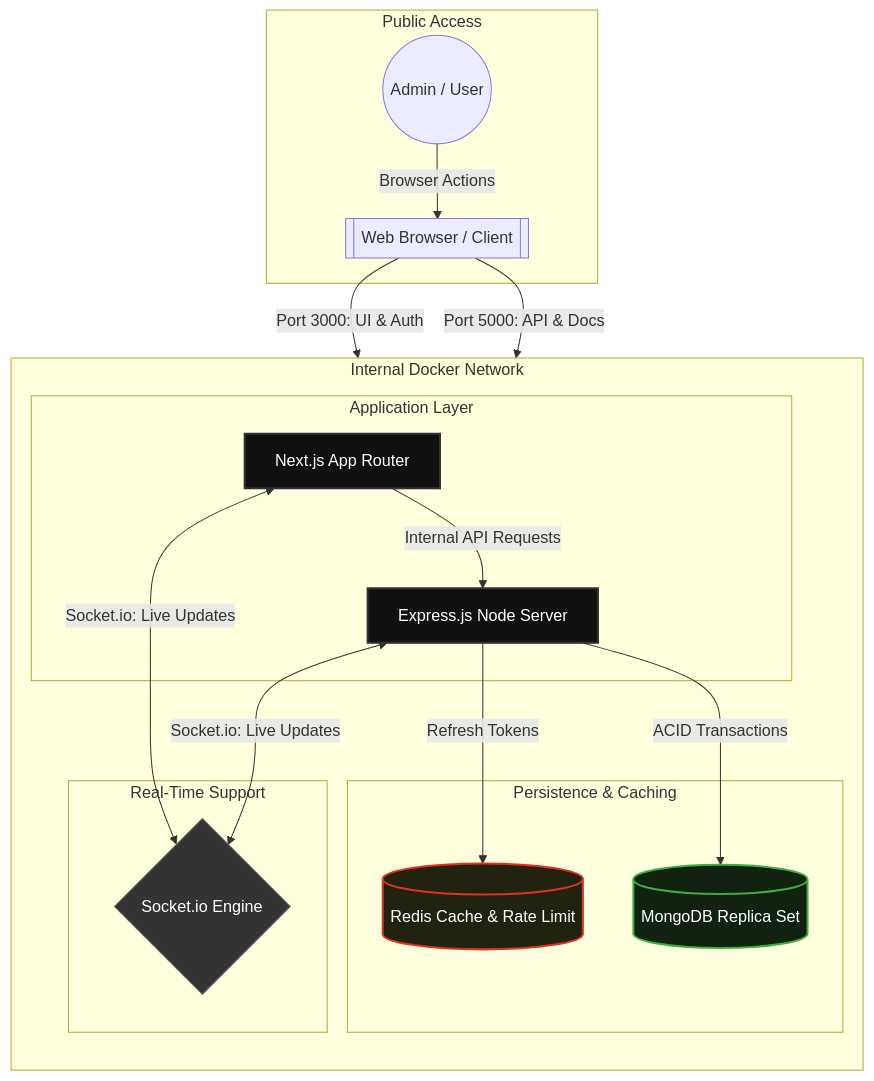
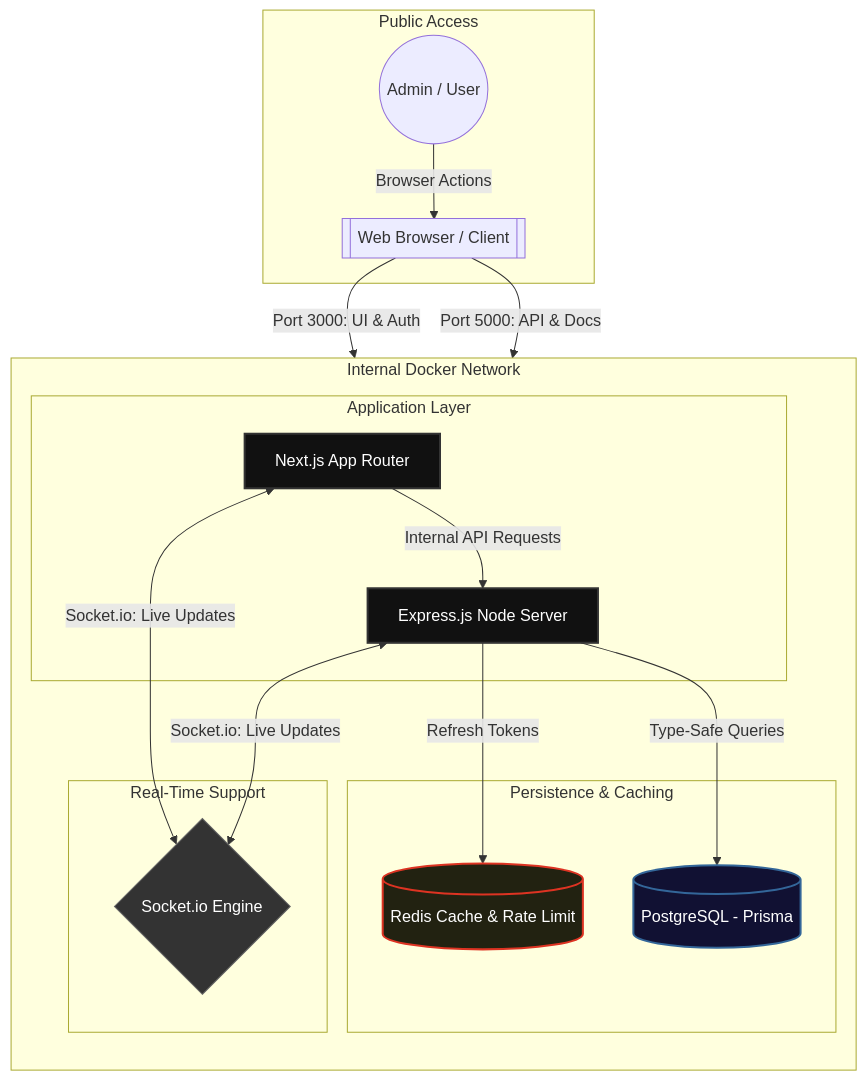
One commit to sazzad4677/Smart-Inventory-System changed the first of 4 diagrams in README.md. Above: the diagram before and after it, drawn with Mermaid. The commit also changed other lines of this file and 1 other file, not shown here.

Commit message:
refactor: migrate database from MongoDB to PostgreSQL using Prisma ORM

````diff
--- a/README.md
+++ b/README.md
@@ -106,44 +106,44 @@
 ```mermaid
 graph TD
     subgraph Public_Internet [Public Access]
         User((Admin / User))
         Browser[[Web Browser / Client]]
     end
 
     subgraph Docker_Network [Internal Docker Network]
         direction TB
 
         subgraph App_Layer [Application Layer]
             Frontend[Next.js App Router]
             Backend[Express.js Node Server]
         end
 
         subgraph Realtime_Layer [Real-Time Support]
             SocketIO{Socket.io Engine}
         end
 
         subgraph Storage_Layer [Persistence & Caching]
             Redis[(Redis Cache & Rate Limit)]
-            MongoDB[(MongoDB Replica Set)]
+            PostgreSQL[(PostgreSQL - Prisma)]
         end
     end
 
     %% Communications
     User -->|Browser Actions| Browser
     Browser -->|Port 3000: UI & Auth| Frontend
     Browser -->|Port 5000: API & Docs| Backend
 
     Frontend <-->|Socket.io: Live Updates| SocketIO
     Backend <-->|Socket.io: Live Updates| SocketIO
 
     Frontend -->|Internal API Requests| Backend
     Backend -->|Refresh Tokens| Redis
-    Backend -->|ACID Transactions| MongoDB
+    Backend -->|Type-Safe Queries| PostgreSQL
 
     %% Styling
     style Frontend fill:#111,stroke:#333,stroke-width:2px,color:#fff
     style Backend fill:#111,stroke:#333,stroke-width:2px,color:#fff
     style Redis fill:#221,stroke:#d32,stroke-width:2px,color:#fff
-    style MongoDB fill:#121,stroke:#4a4,stroke-width:2px,color:#fff
+    style PostgreSQL fill:#113,stroke:#369,stroke-width:2px,color:#fff
     style SocketIO fill:#333,stroke:#666,color:#fff
 ```
````
